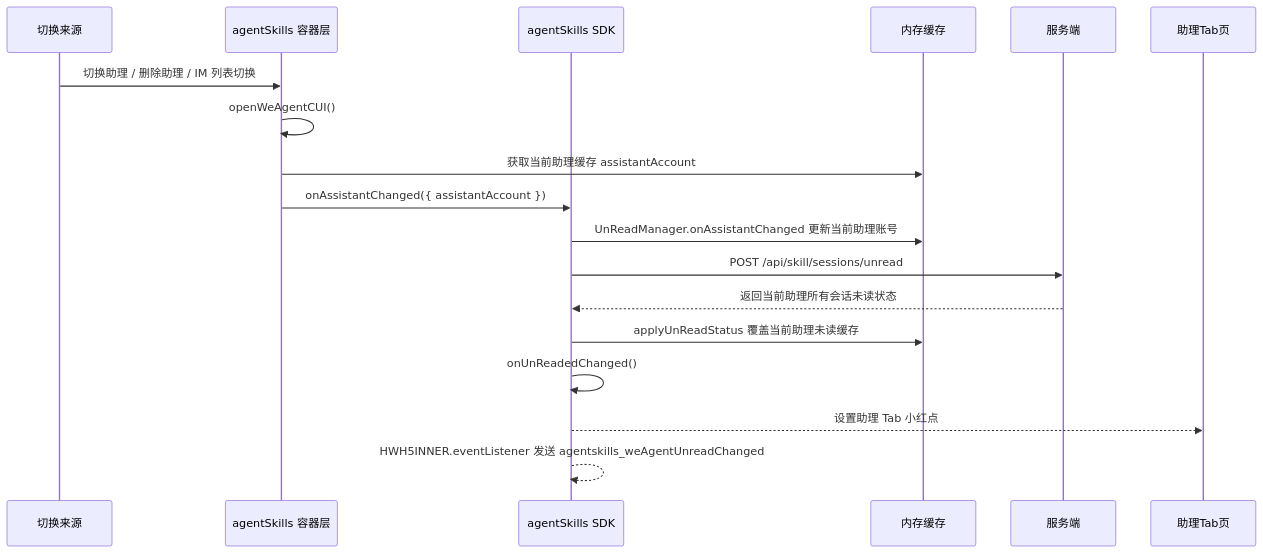
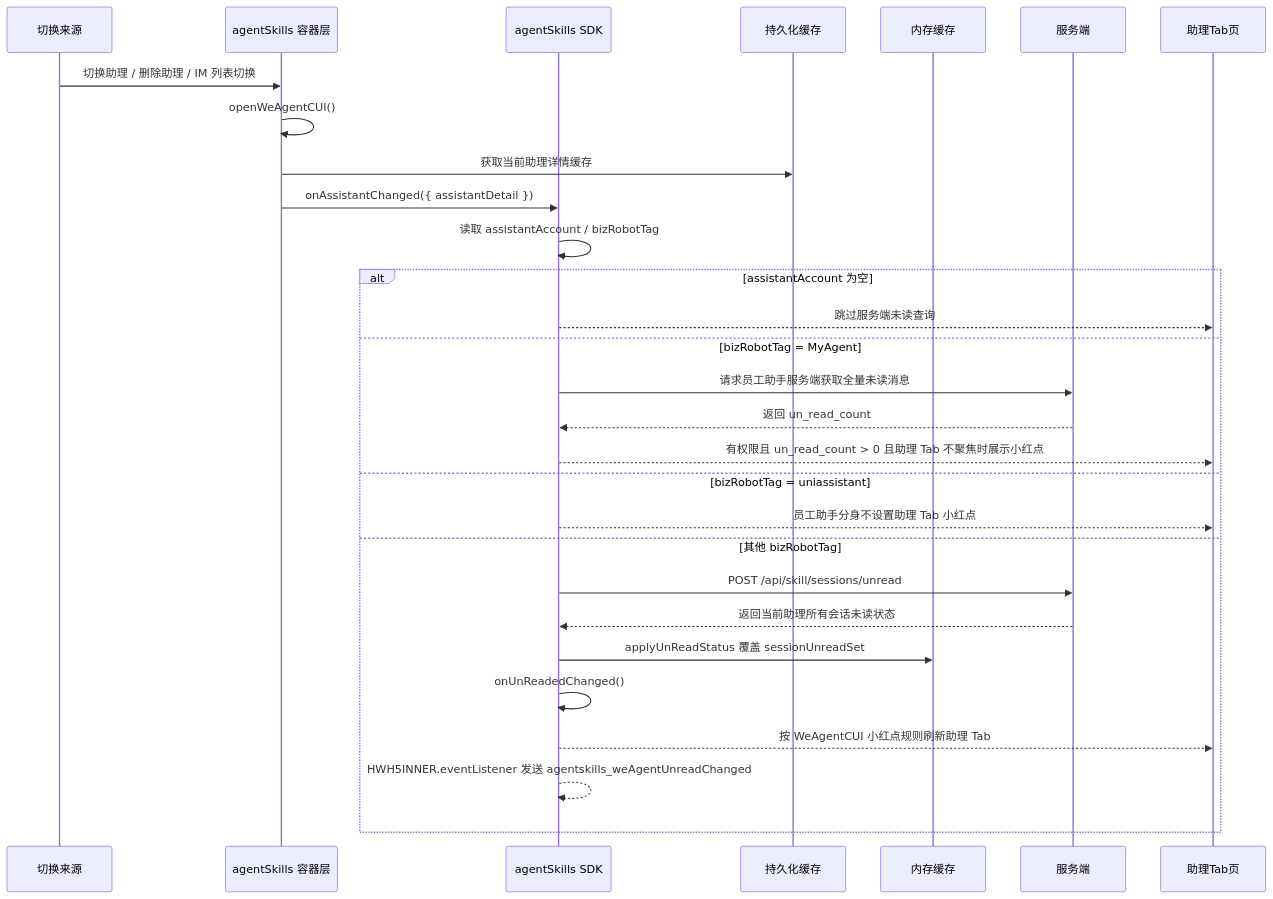
Before and after one commit to Abelsjcheng/skillSDK: the third of 7 diagrams in 2026-06-11-we-agent-tab-unread-red-dot-plan.md, drawn with Mermaid. The commit also changed other lines of this file, not shown here.

````diff
--- a/2026-06-11-we-agent-tab-unread-red-dot-plan.md
+++ b/2026-06-11-we-agent-tab-unread-red-dot-plan.md
@@ -128,21 +142,32 @@
 ```mermaid
 sequenceDiagram
     participant Source as 切换来源
     participant Container as agentSkills 容器层
     participant SDK as agentSkills SDK
+    participant Persist as 持久化缓存
     participant Memory as 内存缓存
     participant Server as 服务端
     participant Tab as 助理Tab页
 
     Source->>Container: 切换助理 / 删除助理 / IM 列表切换
     Container->>Container: openWeAgentCUI()
-    Container->>Memory: 获取当前助理缓存 assistantAccount
-    Container->>SDK: onAssistantChanged({ assistantAccount })
-    SDK->>Memory: UnReadManager.onAssistantChanged 更新当前助理账号
-    SDK->>Server: POST /api/skill/sessions/unread
-    Server-->>SDK: 返回当前助理所有会话未读状态
-    SDK->>Memory: applyUnReadStatus 覆盖当前助理未读缓存
-    SDK->>SDK: onUnReadedChanged()
-    SDK-->>Tab: 设置助理 Tab 小红点
-    SDK-->>SDK: HWH5INNER.eventListener 发送 agentskills_weAgentUnreadChanged
+    Container->>Persist: 获取当前助理详情缓存
+    Container->>SDK: onAssistantChanged({ assistantDetail })
+    SDK->>SDK: 读取 assistantAccount / bizRobotTag
+    alt assistantAccount 为空
+        SDK-->>Tab: 跳过服务端未读查询
+    else bizRobotTag = MyAgent
+        SDK->>Server: 请求员工助手服务端获取全量未读消息
+        Server-->>SDK: 返回 un_read_count
+        SDK-->>Tab: 有权限且 un_read_count > 0 且助理 Tab 不聚焦时展示小红点
+    else bizRobotTag = uniassistant
+        SDK-->>Tab: 员工助手分身不设置助理 Tab 小红点
+    else 其他 bizRobotTag
+        SDK->>Server: POST /api/skill/sessions/unread
+        Server-->>SDK: 返回当前助理所有会话未读状态
+        SDK->>Memory: applyUnReadStatus 覆盖 sessionUnreadSet
+        SDK->>SDK: onUnReadedChanged()
+        SDK-->>Tab: 按 WeAgentCUI 小红点规则刷新助理 Tab
+        SDK-->>SDK: HWH5INNER.eventListener 发送 agentskills_weAgentUnreadChanged
+    end
 ```
````
